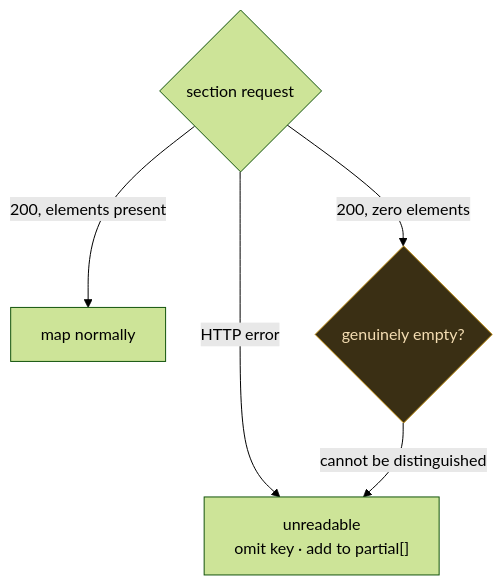
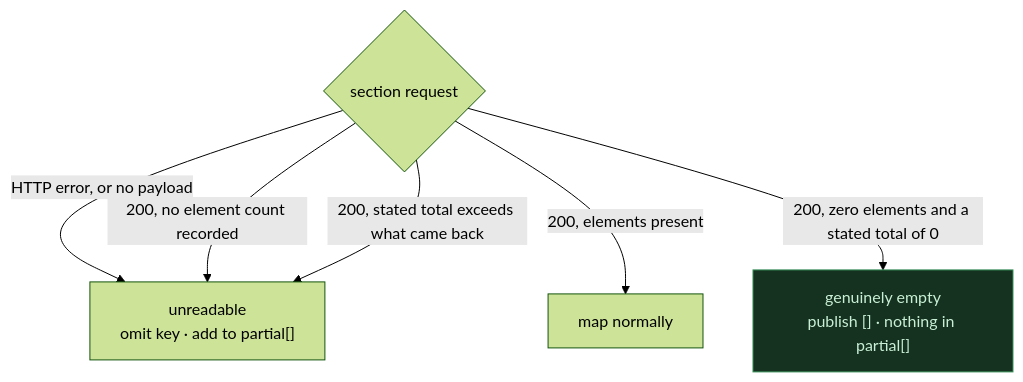
The fourth of 5 diagrams in docs/architecture.md (shreyasY2k/linkedin-profile-scrapper), drawn with Mermaid (forest theme) before and after one commit. The commit also changed other lines of this file and 10 other files, not shown here.

````diff
--- a/docs/architecture.md
+++ b/docs/architecture.md
@@ -114,11 +116,12 @@
 ```mermaid
 flowchart TD
     Q{"section request"}
-    Q -->|"HTTP error"| U["unreadable<br/>omit key · add to partial[]"]
+    Q -->|"HTTP error, or no payload"| U["unreadable<br/>omit key · add to partial[]"]
+    Q -->|"200, no element count recorded"| U
+    Q -->|"200, stated total exceeds what came back"| U
     Q -->|"200, elements present"| V["map normally"]
-    Q -->|"200, zero elements"| AMB{"genuinely empty?"}
-    AMB -->|"cannot be distinguished"| U
+    Q -->|"200, zero elements and a stated total of 0"| E["genuinely empty<br/>publish [] · nothing in partial[]"]
 
-    classDef warn fill:#3a2f14,stroke:#b8860b,color:#f5deb3
-    class AMB warn
+    classDef good fill:#14321f,stroke:#3a8f5a,color:#c9f0d6
+    class E good
 ```
````
